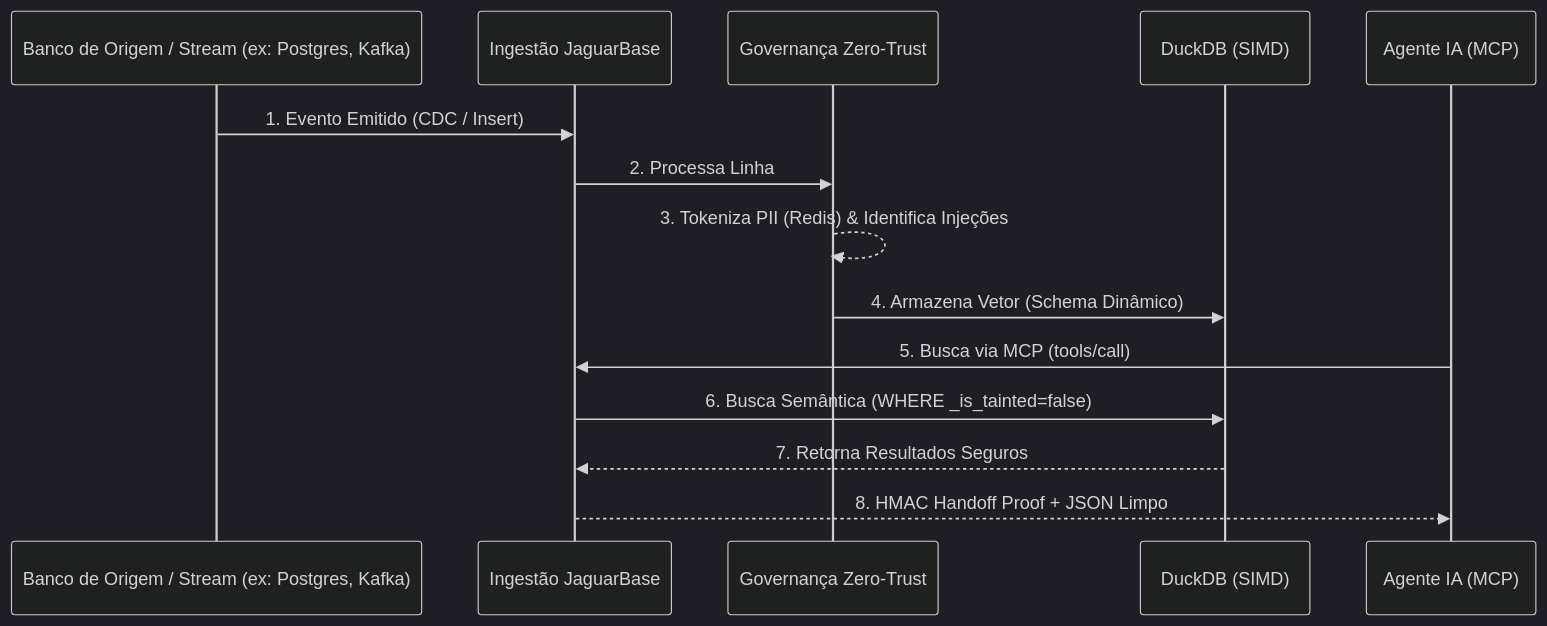
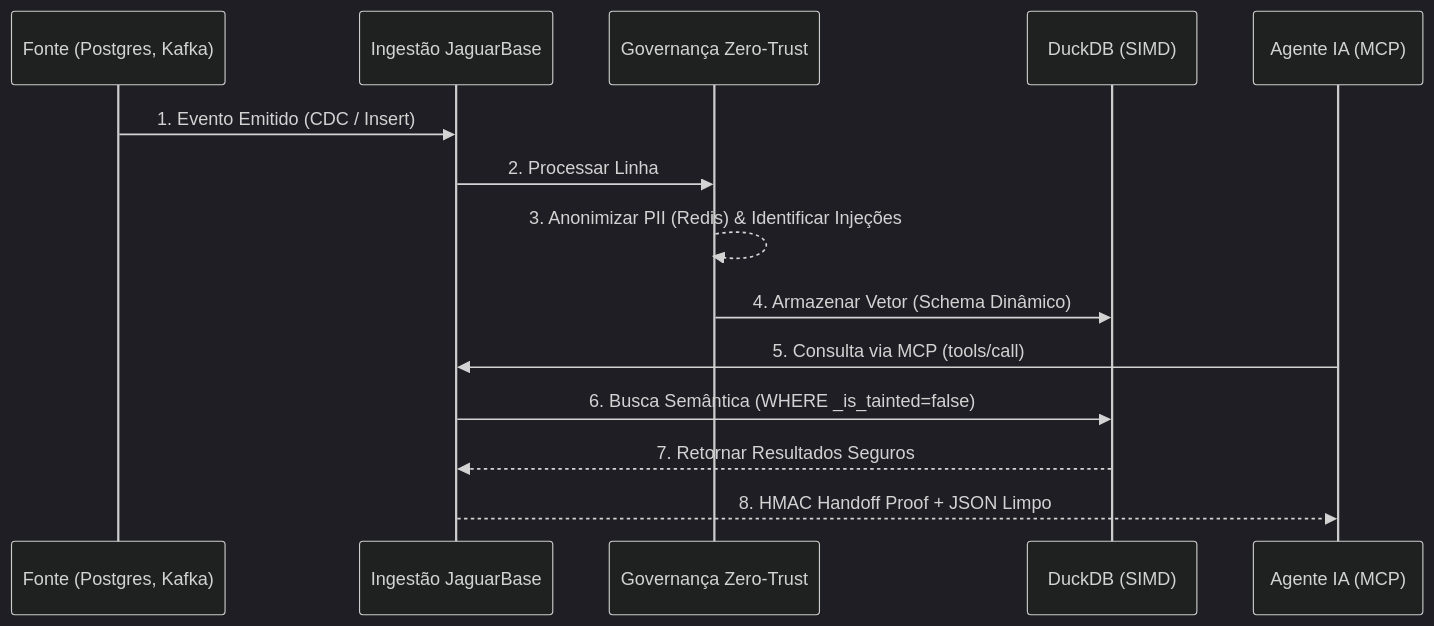
The second of 2 diagrams in README.pt-BR.md (andrewbraga1/jaguarbase), drawn with Mermaid (dark theme) before and after one commit. The commit also changed other lines of this file and 1 other file, not shown here.

Commit message:
docs: refine architecture proposal, sync PT-BR translation and clarify quarantine filter

````diff
--- a/README.pt-BR.md
+++ b/README.pt-BR.md
@@ -48,17 +48,17 @@
 ```mermaid
 sequenceDiagram
-    participant Source as Banco de Origem / Stream (ex: Postgres, Kafka)
+    participant Source as Fonte (Postgres, Kafka)
     participant JB as Ingestão JaguarBase
     participant Gov as Governança Zero-Trust
     participant DDB as DuckDB (SIMD)
     participant Agent as Agente IA (MCP)
 
     Source->>JB: 1. Evento Emitido (CDC / Insert)
-    JB->>Gov: 2. Processa Linha
-    Gov-->>Gov: 3. Tokeniza PII (Redis) & Identifica Injeções
-    Gov->>DDB: 4. Armazena Vetor (Schema Dinâmico)
-    Agent->>JB: 5. Busca via MCP (tools/call)
+    JB->>Gov: 2. Processar Linha
+    Gov-->>Gov: 3. Anonimizar PII (Redis) & Identificar Injeções
+    Gov->>DDB: 4. Armazenar Vetor (Schema Dinâmico)
+    Agent->>JB: 5. Consulta via MCP (tools/call)
     JB->>DDB: 6. Busca Semântica (WHERE _is_tainted=false)
-    DDB-->>JB: 7. Retorna Resultados Seguros
+    DDB-->>JB: 7. Retornar Resultados Seguros
     JB-->>Agent: 8. HMAC Handoff Proof + JSON Limpo
 ```
````
